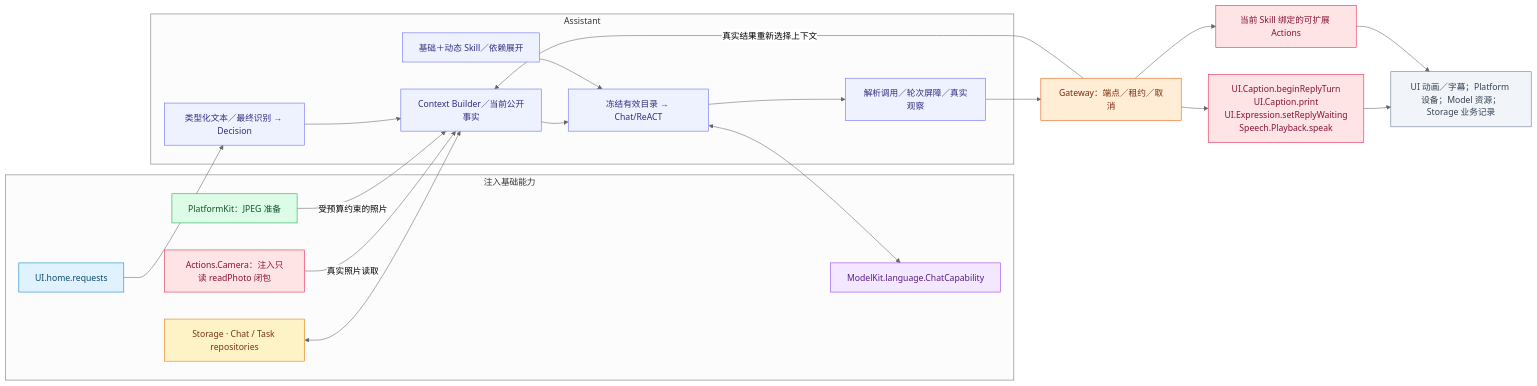
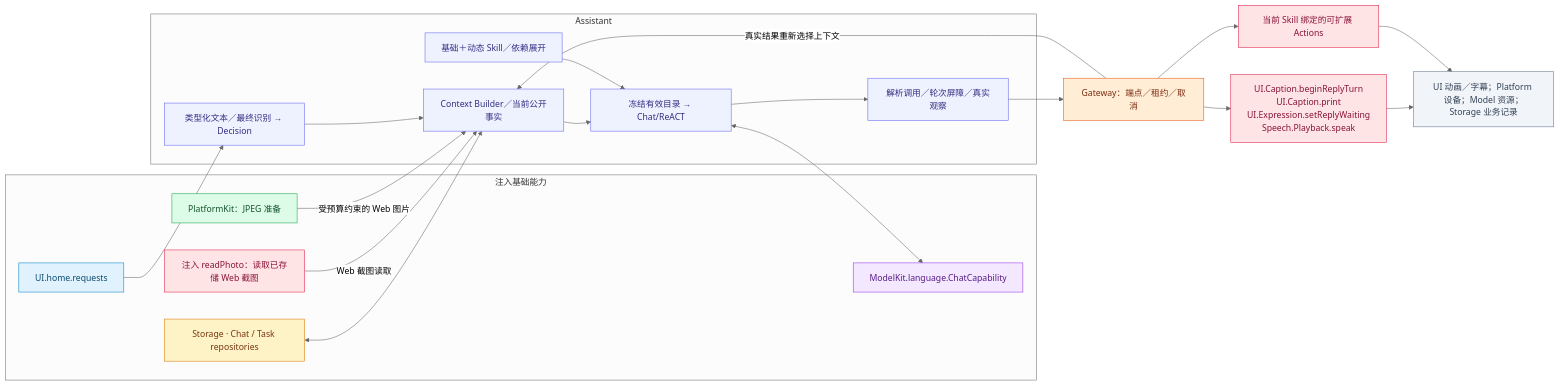
One commit to devilyouwei/MobileHarness changed the second of 3 diagrams in MobileHarness/Agents/Assistant/README.md. Above: the diagram before and after it, drawn with Mermaid (neutral theme). The commit also changed other lines of this file and 401 other files, not shown here.

````diff
--- a/MobileHarness/Agents/Assistant/README.md
+++ b/MobileHarness/Agents/Assistant/README.md
@@ -77,37 +77,37 @@
 ```mermaid
 flowchart LR
  subgraph Injected["注入基础能力"]
  U["UI.home.requests"]:::ui
  M["ModelKit.language.ChatCapability"]:::model
  S["Storage · Chat / Task repositories"]:::storage
  P["PlatformKit：JPEG 准备"]:::platform
- RD["Actions.Camera：注入只读 readPhoto 闭包"]:::action
+ RD["注入 readPhoto：读取已存储 Web 截图"]:::action
  end
  subgraph Owned["Assistant"]
  I["类型化文本／最终识别 → Decision"]:::agent
  C["Context Builder／当前公开事实"]:::agent
  K["基础＋动态 Skill／依赖展开"]:::agent
  D["冻结有效目录 → Chat/ReACT"]:::agent
  O["解析调用／轮次屏障／真实观察"]:::agent
  end
  U --> I --> C --> D --> O
  S <--> C
  K --> D
  D <--> M
- RD -->|"真实照片读取"| C
- P -->|"受预算约束的照片"| C
+ RD -->|"Web 截图读取"| C
+ P -->|"受预算约束的 Web 图片"| C
  O --> G["Gateway：端点／租约／取消"]:::gateway
  G --> X["当前 Skill 绑定的可扩展 Actions"]:::action
  G --> PR["UI.Caption.beginReplyTurn<br/>UI.Caption.print<br/>UI.Expression.setReplyWaiting<br/>Speech.Playback.speak"]:::action
  PR --> F
  X --> F["UI 动画／字幕；Platform 设备；Model 资源；Storage 业务记录"]:::host
  G -->|"真实结果重新选择上下文"| C
  classDef ui fill:#e0f2fe,stroke:#0284c7,color:#0c4a6e
  classDef platform fill:#dcfce7,stroke:#16a34a,color:#14532d
  classDef model fill:#f3e8ff,stroke:#9333ea,color:#581c87
  classDef storage fill:#fef3c7,stroke:#d97706,color:#78350f
  classDef agent fill:#eef2ff,stroke:#6366f1,color:#312e81
  classDef gateway fill:#ffedd5,stroke:#ea580c,color:#7c2d12
  classDef action fill:#ffe4e6,stroke:#e11d48,color:#881337
  classDef host fill:#f1f5f9,stroke:#64748b,color:#334155
 ```
````
